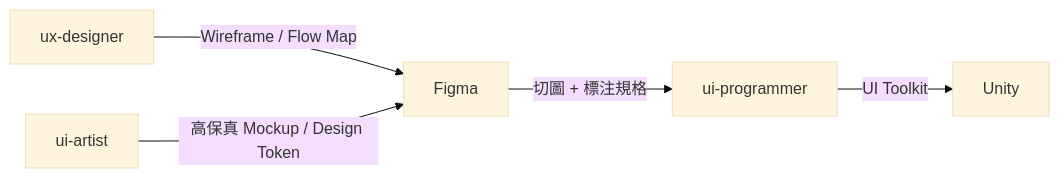
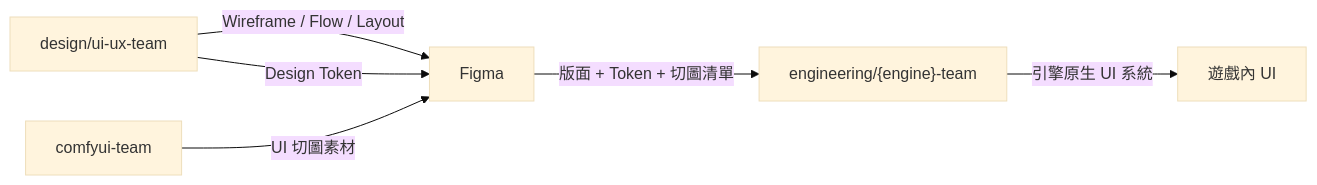
The third of 11 diagrams in README.md (hoycdanny/kiro-multi-agent-game-studio), drawn with Mermaid (base theme) before and after one commit. The commit also changed other lines of this file and 4 other files, not shown here.

First line of the commit message:
[ui-ux-team][feature] add UI/UX team with Figma MCP integration

````diff
--- a/README.md
+++ b/README.md
@@ -1106,7 +1207,8 @@
 ```mermaid
 graph LR
-    UX[ux-designer] -->|Wireframe / Flow Map| Figma
-    UI[ui-artist] -->|高保真 Mockup / Design Token| Figma
-    Figma -->|切圖 + 標注規格| UIP[ui-programmer]
-    UIP -->|UI Toolkit| Unity
+    UIUX[design/ui-ux-team] -->|Wireframe / Flow / Layout| Figma
+    UIUX -->|Design Token| Figma
+    ComfyUI[comfyui-team] -->|UI 切圖素材| Figma
+    Figma -->|版面 + Token + 切圖清單| ENG["engineering/{engine}-team"]
+    ENG -->|引擎原生 UI 系統| Game[遊戲內 UI]
 ```
````
